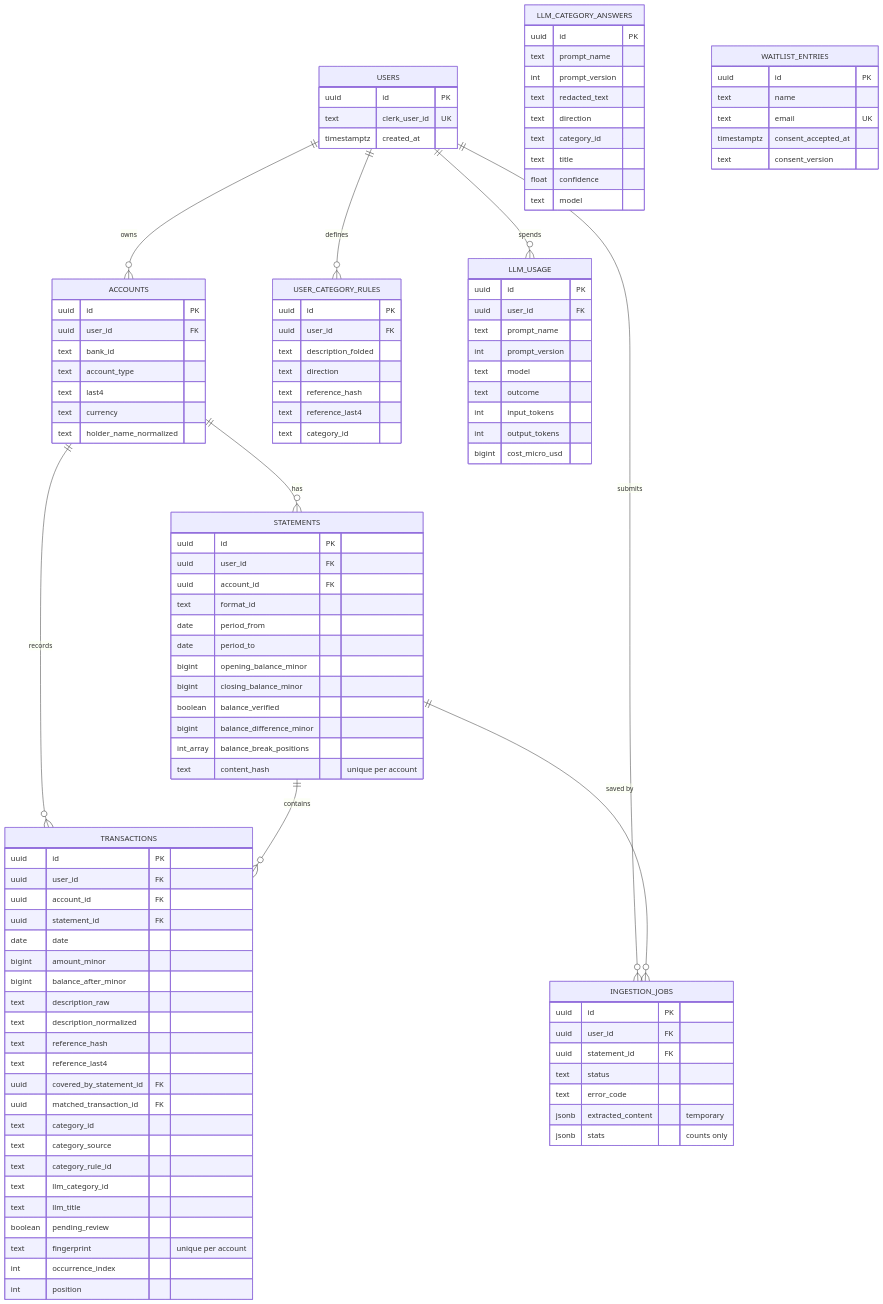
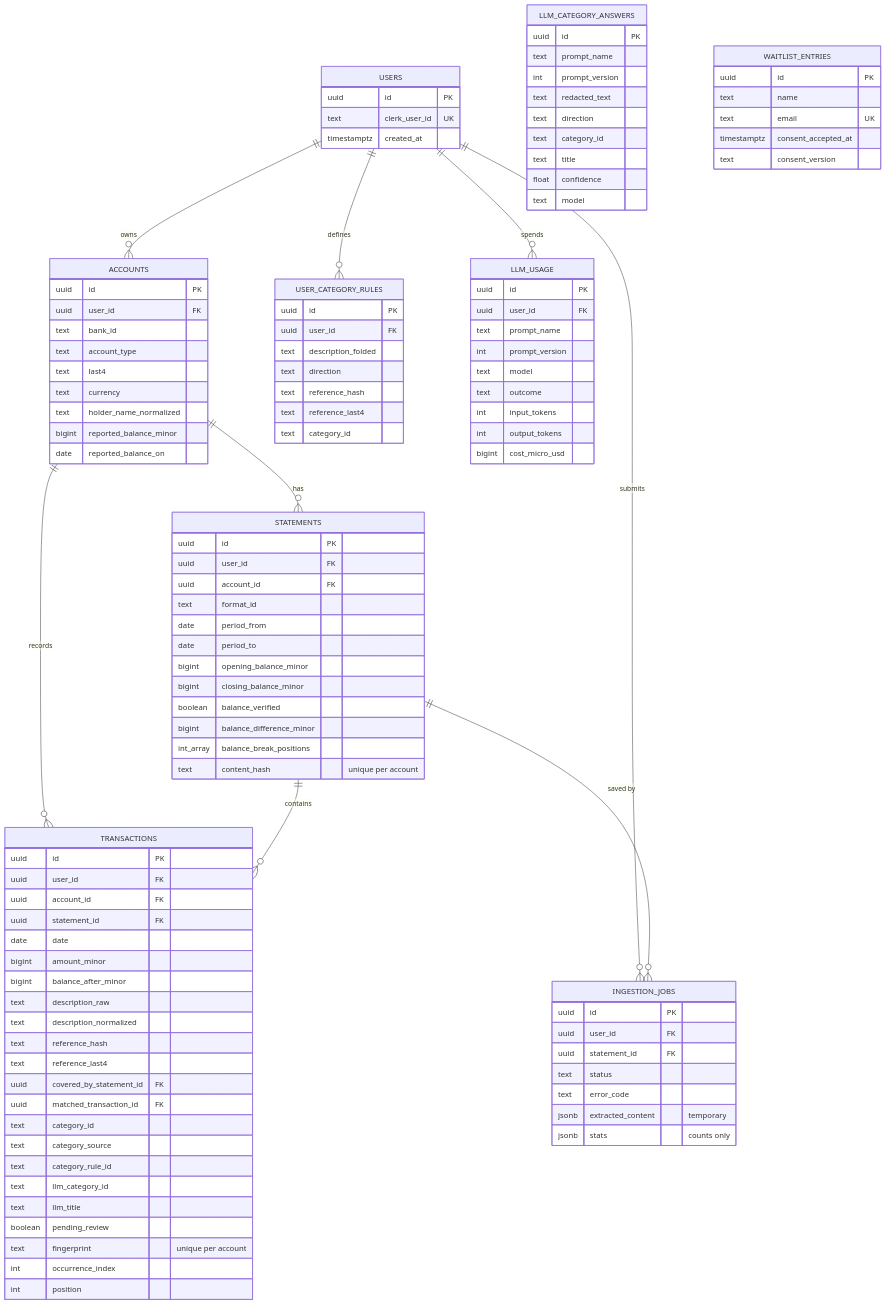
One commit to ingcarlostello/xtrakto changed the third of 7 diagrams in docs/ARCHITECTURE.md. Above: the diagram before and after it, drawn with Mermaid. The commit also changed other lines of this file and 37 other files, not shown here.

```diff
--- a/docs/ARCHITECTURE.md
+++ b/docs/ARCHITECTURE.md
@@ -196,6 +198,8 @@
         text last4
         text currency
         text holder_name_normalized
+        bigint reported_balance_minor
+        date reported_balance_on
     }
     STATEMENTS {
         uuid id PK
```
